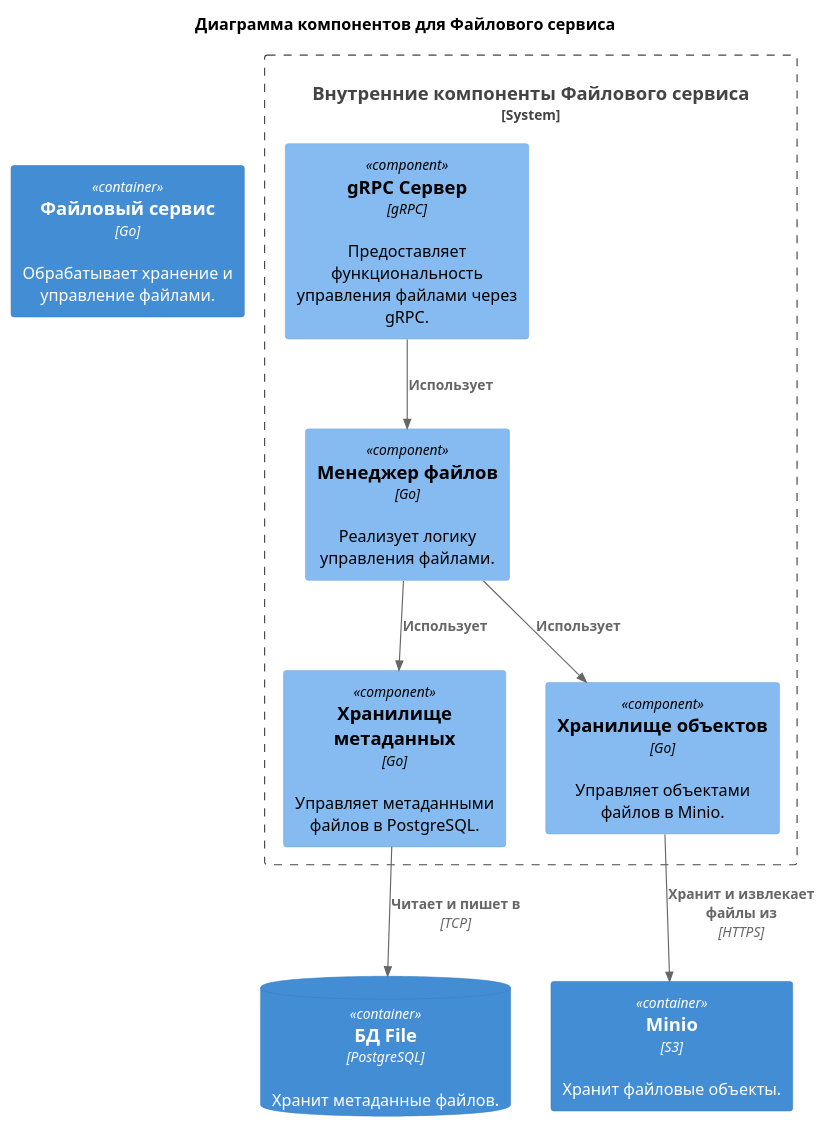
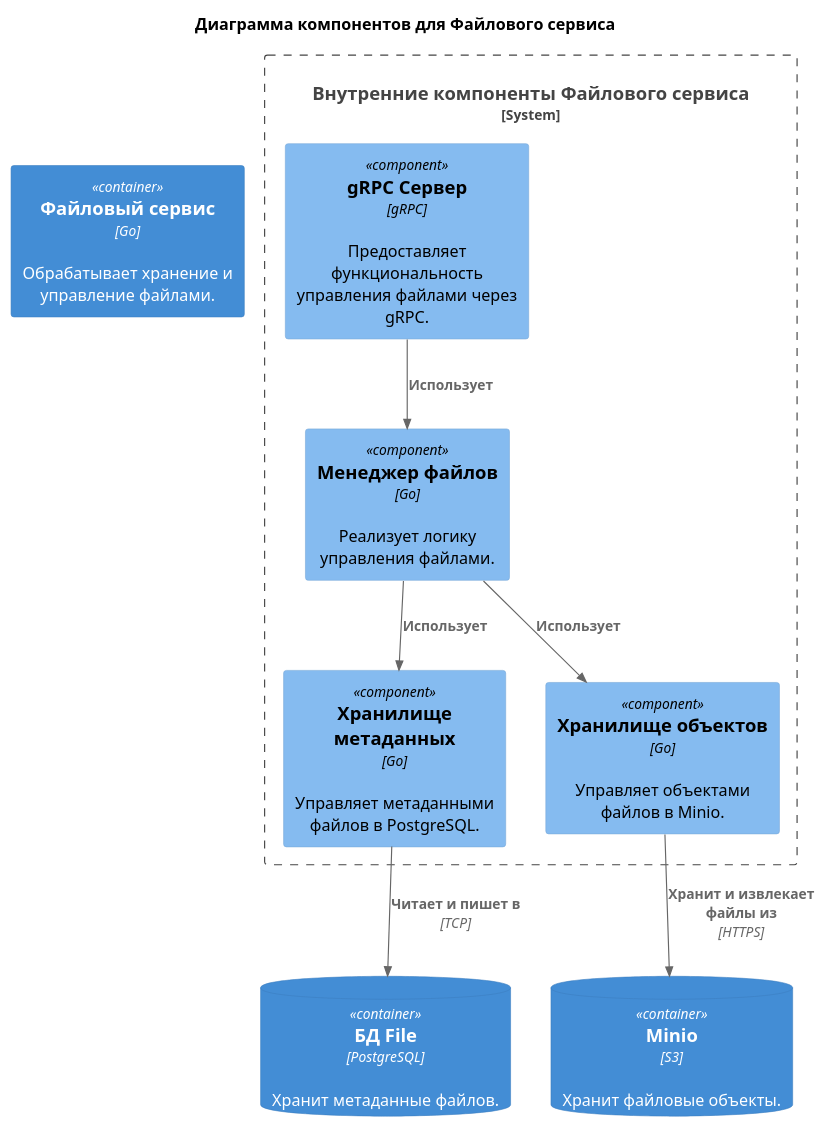
One commit to IlyaChgn/voblako changed the diagram in docs/file_service/c3_components.puml. Above: the diagram before and after it, drawn with PlantUML. The commit also changed 3 other files, not shown here.

Commit message:
updated auth_service diagram

```diff
--- a/docs/file_service/c3_components.puml
+++ b/docs/file_service/c3_components.puml
@@ -1,25 +1,25 @@
 @startuml
 !include https://raw.githubusercontent.com/plantuml-stdlib/C4-PlantUML/master/C4_Component.puml
 
 title Диаграмма компонентов для Файлового сервиса
 
 Container(file, "Файловый сервис", "Go", "Обрабатывает хранение и управление файлами.")
 
 System_Boundary(c2, "Внутренние компоненты Файлового сервиса") {
     Component(grpc, "gRPC Сервер", "gRPC", "Предоставляет функциональность управления файлами через gRPC.")
     Component(file_manager, "Менеджер файлов", "Go", "Реализует логику управления файлами.")
     Component(metadata_storage, "Хранилище метаданных", "Go", "Управляет метаданными файлов в PostgreSQL.")
     Component(object_storage, "Хранилище объектов", "Go", "Управляет объектами файлов в Minio.")
 }
 
 ContainerDb(postgres_file, "БД File", "PostgreSQL", "Хранит метаданные файлов.")
-Container(minio, "Minio", "S3", "Хранит файловые объекты.")
+ContainerDb(minio, "Minio", "S3", "Хранит файловые объекты.")
 
 Rel(grpc, file_manager, "Использует")
 Rel(file_manager, metadata_storage, "Использует")
 Rel(file_manager, object_storage, "Использует")
 
 Rel(metadata_storage, postgres_file, "Читает и пишет в", "TCP")
 Rel(object_storage, minio, "Хранит и извлекает файлы из", "HTTPS")
 
 @enduml
```
